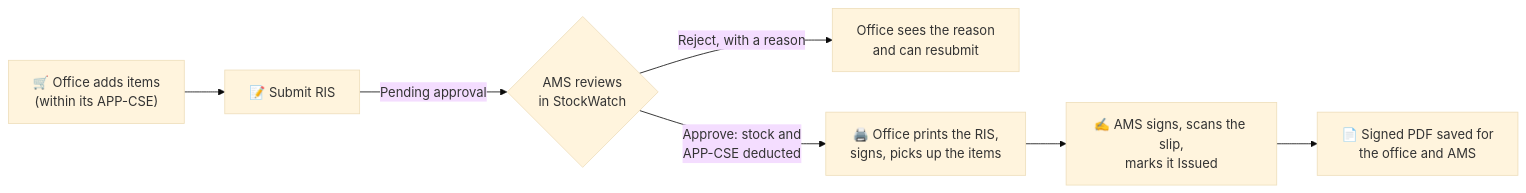
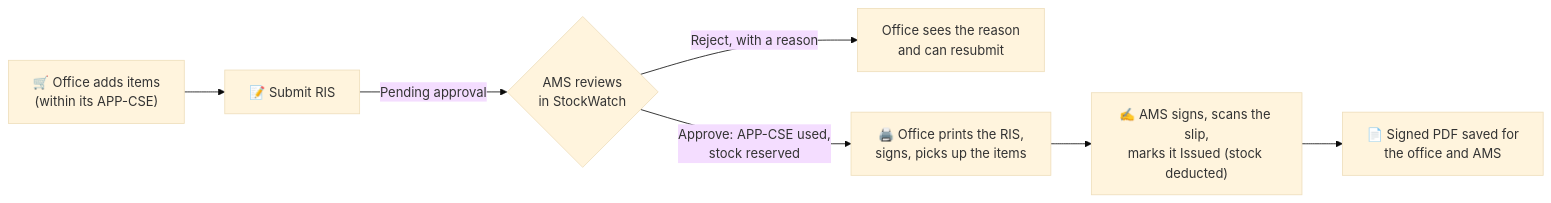
The diagram in README.md (Oshinobi-obi/AMS_Shopee), drawn with Mermaid (base theme) before and after one commit. The commit also changed 44 other files, not shown here.

First line of the commit message:
"Live updates, AMS-form RIS, perishables, Help and What's new"

````diff
--- a/README.md
+++ b/README.md
@@ -74,9 +74,9 @@
 ```mermaid
 flowchart LR
     A["🛒 Office adds items<br/>(within its APP-CSE)"] --> B["📝 Submit RIS"]
     B -->|Pending approval| C{"AMS reviews<br/>in StockWatch"}
     C -->|"Reject, with a reason"| R["Office sees the reason<br/>and can resubmit"]
-    C -->|"Approve: stock and<br/>APP-CSE deducted"| D["🖨️ Office prints the RIS,<br/>signs, picks up the items"]
-    D --> E["✍️ AMS signs, scans the slip,<br/>marks it Issued"]
+    C -->|"Approve: APP-CSE used,<br/>stock reserved"| D["🖨️ Office prints the RIS,<br/>signs, picks up the items"]
+    D --> E["✍️ AMS signs, scans the slip,<br/>marks it Issued (stock deducted)"]
     E --> F["📄 Signed PDF saved for<br/>the office and AMS"]
 ```
````
